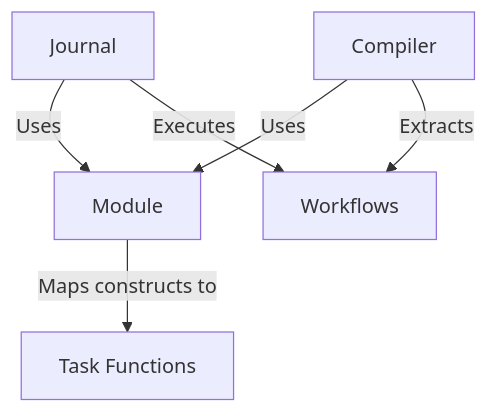
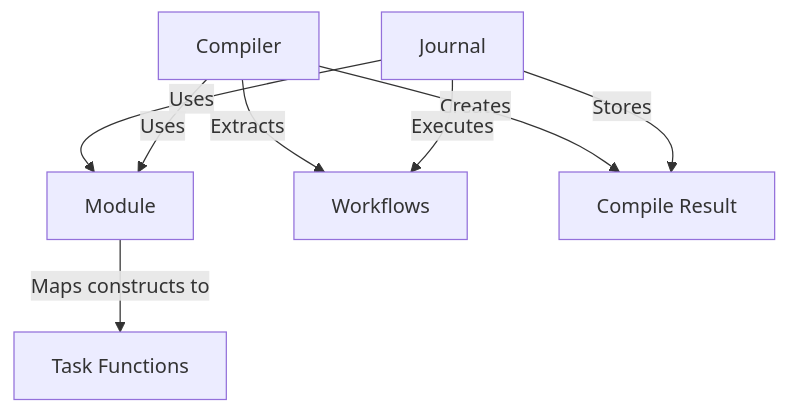
Before and after one commit to liamzdenek/ferment-ai: the third of 3 diagrams in memory-bank/systemPatterns.md, drawn with Mermaid. The commit also changed other lines of this file and 11 other files, not shown here.

````diff
--- a/memory-bank/systemPatterns.md
+++ b/memory-bank/systemPatterns.md
@@ -59,8 +60,10 @@
 ```mermaid
 graph TD
     Module[Module] -->|Maps constructs to| TaskFunction[Task Functions]
     Journal[Journal] -->|Uses| Module
     Compiler[Compiler] -->|Uses| Module
     Compiler -->|Extracts| Workflow[Workflows]
+    Compiler -->|Creates| CompileResult[Compile Result]
+    Journal -->|Stores| CompileResult
     Journal -->|Executes| Workflow
 ```
````
